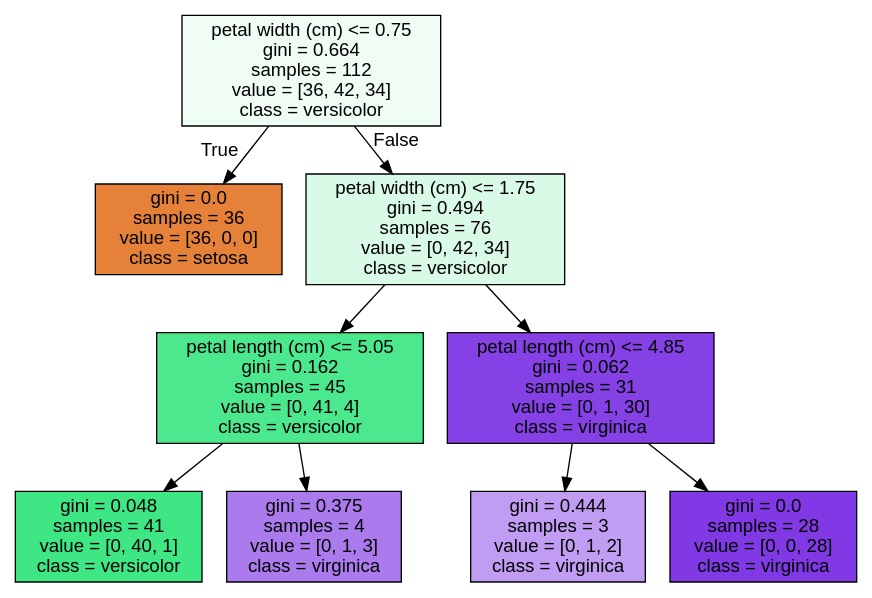
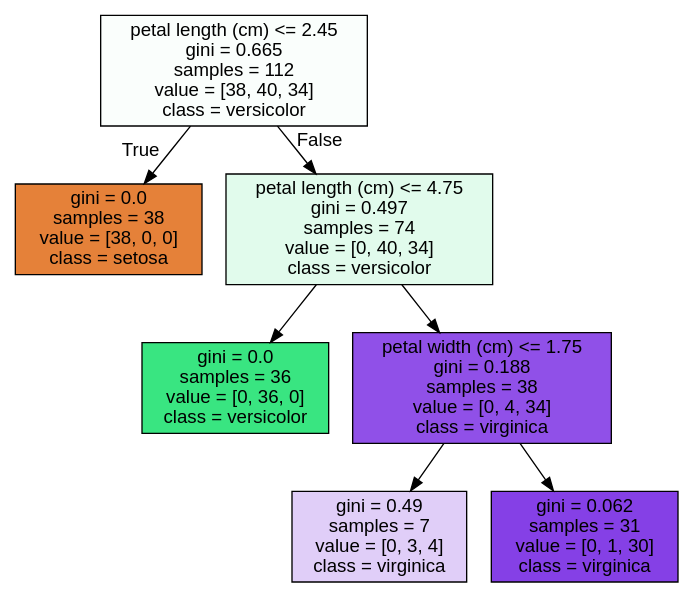
One commit to SCUTUM98/MachineLearning_Class changed the diagram in max_depth_cla.dot. Above: the diagram before and after it, drawn with Graphviz.

Commit message:
max_depth tree

```diff
--- a/max_depth_cla.dot
+++ b/max_depth_cla.dot
@@ -1,21 +1,17 @@
 digraph Tree {
 node [shape=box, style="filled", color="black", fontname="helvetica"] ;
 edge [fontname="helvetica"] ;
-0 [label="petal width (cm) <= 0.75\ngini = 0.664\nsamples = 112\nvalue = [36, 42, 34]\nclass = versicolor", fillcolor="#effdf5"] ;
-1 [label="gini = 0.0\nsamples = 36\nvalue = [36, 0, 0]\nclass = setosa", fillcolor="#e58139"] ;
+0 [label="petal length (cm) <= 2.45\ngini = 0.665\nsamples = 112\nvalue = [38, 40, 34]\nclass = versicolor", fillcolor="#fafefc"] ;
+1 [label="gini = 0.0\nsamples = 38\nvalue = [38, 0, 0]\nclass = setosa", fillcolor="#e58139"] ;
 0 -> 1 [labeldistance=2.5, labelangle=45, headlabel="True"] ;
-2 [label="petal width (cm) <= 1.75\ngini = 0.494\nsamples = 76\nvalue = [0, 42, 34]\nclass = versicolor", fillcolor="#d9fae7"] ;
+2 [label="petal length (cm) <= 4.75\ngini = 0.497\nsamples = 74\nvalue = [0, 40, 34]\nclass = versicolor", fillcolor="#e1fbec"] ;
 0 -> 2 [labeldistance=2.5, labelangle=-45, headlabel="False"] ;
-3 [label="petal length (cm) <= 5.05\ngini = 0.162\nsamples = 45\nvalue = [0, 41, 4]\nclass = versicolor", fillcolor="#4ce88d"] ;
+3 [label="gini = 0.0\nsamples = 36\nvalue = [0, 36, 0]\nclass = versicolor", fillcolor="#39e581"] ;
 2 -> 3 ;
-4 [label="gini = 0.048\nsamples = 41\nvalue = [0, 40, 1]\nclass = versicolor", fillcolor="#3ee684"] ;
-3 -> 4 ;
-5 [label="gini = 0.375\nsamples = 4\nvalue = [0, 1, 3]\nclass = virginica", fillcolor="#ab7bee"] ;
-3 -> 5 ;
-6 [label="petal length (cm) <= 4.85\ngini = 0.062\nsamples = 31\nvalue = [0, 1, 30]\nclass = virginica", fillcolor="#8540e6"] ;
-2 -> 6 ;
-7 [label="gini = 0.444\nsamples = 3\nvalue = [0, 1, 2]\nclass = virginica", fillcolor="#c09cf2"] ;
-6 -> 7 ;
-8 [label="gini = 0.0\nsamples = 28\nvalue = [0, 0, 28]\nclass = virginica", fillcolor="#8139e5"] ;
-6 -> 8 ;
+4 [label="petal width (cm) <= 1.75\ngini = 0.188\nsamples = 38\nvalue = [0, 4, 34]\nclass = virginica", fillcolor="#9050e8"] ;
+2 -> 4 ;
+5 [label="gini = 0.49\nsamples = 7\nvalue = [0, 3, 4]\nclass = virginica", fillcolor="#e0cef8"] ;
+4 -> 5 ;
+6 [label="gini = 0.062\nsamples = 31\nvalue = [0, 1, 30]\nclass = virginica", fillcolor="#8540e6"] ;
+4 -> 6 ;
 }
```
